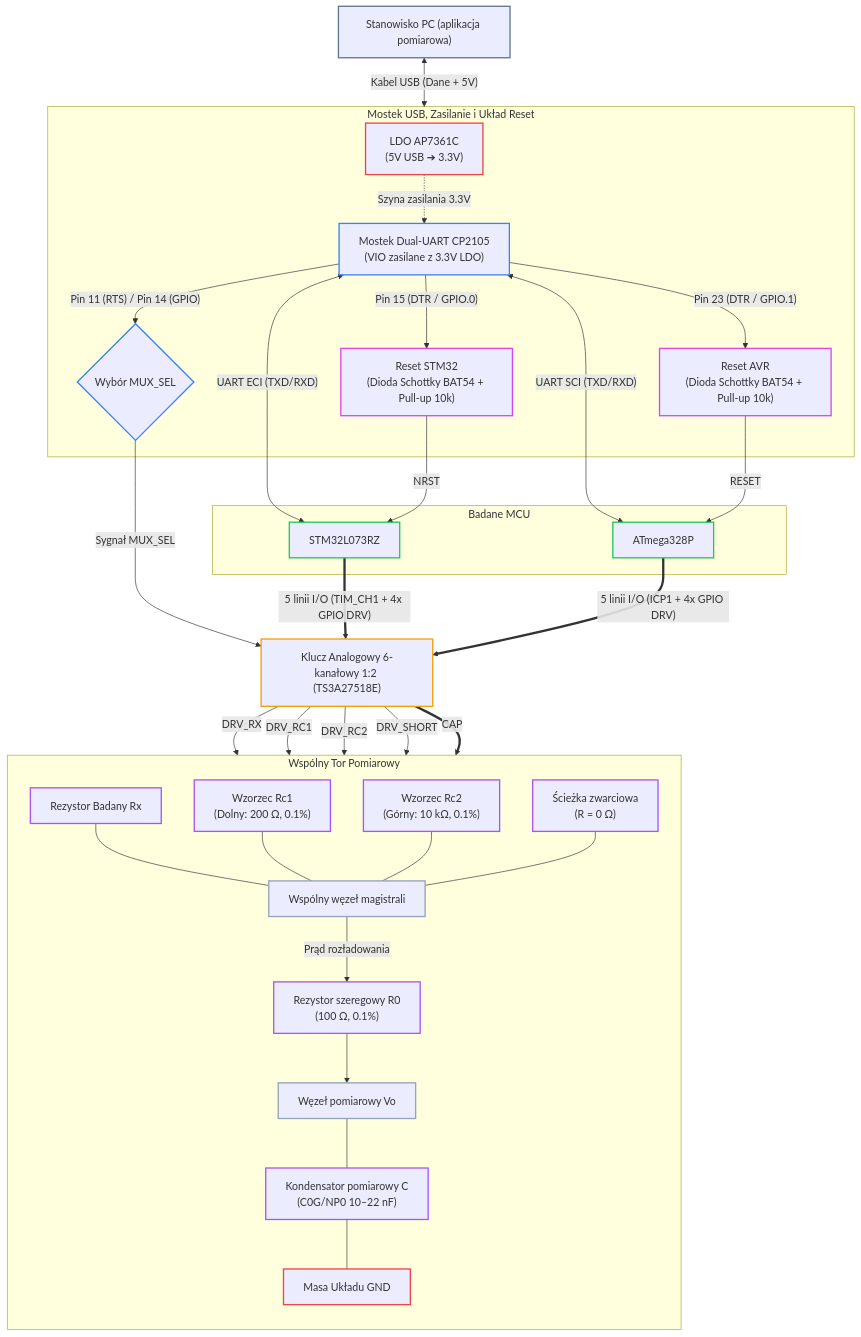
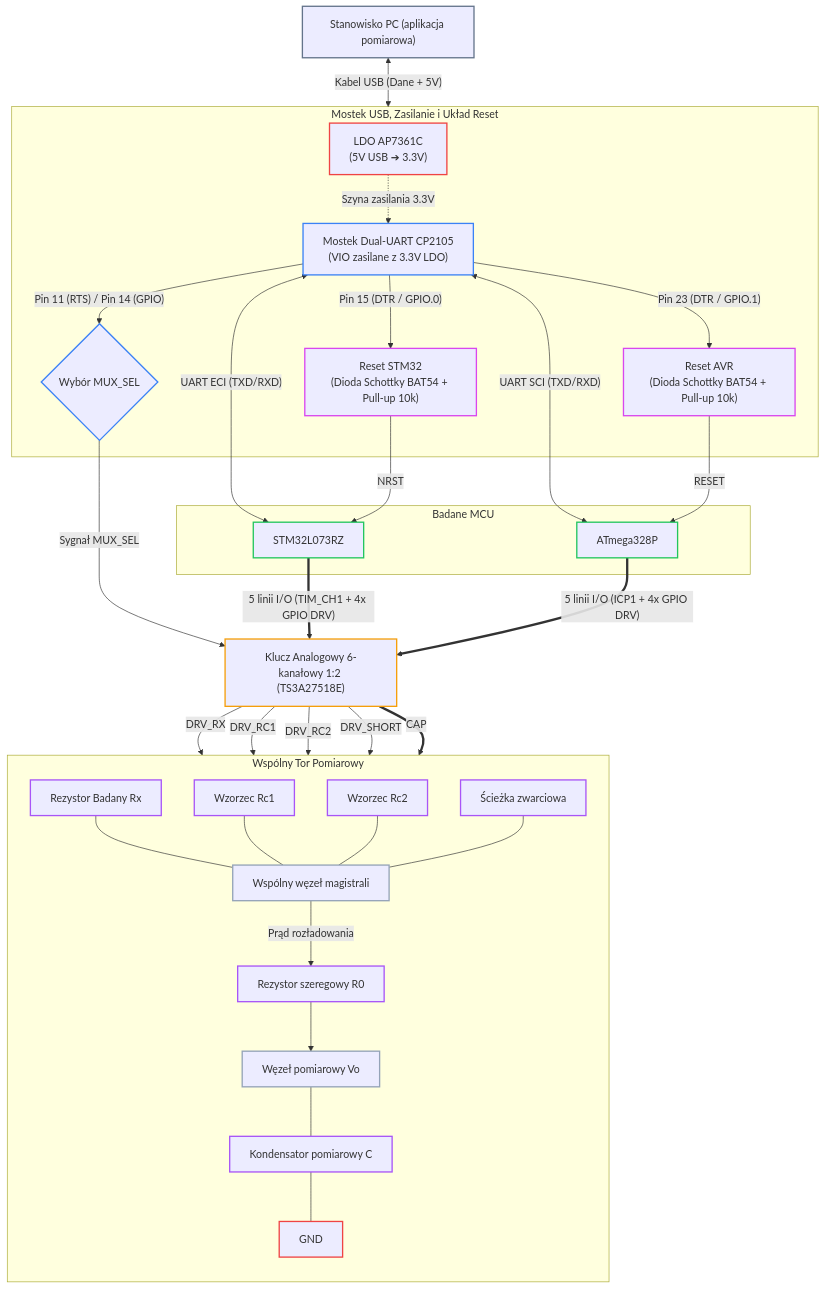
One commit to trebuHE/PDM-DIC-RS changed the diagram in docs/concept.md. Above: the diagram before and after it, drawn with Mermaid.

Commit message:
update block diagram

````diff
--- a/docs/concept.md
+++ b/docs/concept.md
@@ -29,74 +29,74 @@
 ```mermaid
   flowchart TB
     subgraph InterfaceSection["Mostek USB, Zasilanie i Układ Reset"]
         LDO["LDO AP7361C\n(5V USB ➔ 3.3V)"]:::pwrStyle
         CP2105["Mostek Dual-UART CP2105\n(VIO zasilane z 3.3V LDO)"]:::commStyle
         RST_STM["Reset STM32\n(Dioda Schottky BAT54 + Pull-up 10k)"]:::rstStyle
         RST_AVR["Reset AVR\n(Dioda Schottky BAT54 + Pull-up 10k)"]:::rstStyle
         MUX_JUMP{"Wybór MUX_SEL"}:::commStyle
     end
 
     subgraph MCUSection["Badane MCU"]
         STM32["STM32L073RZ"]:::mcuStyle
         AVR["ATmega328P"]:::mcuStyle
     end
 
     MUX["Klucz Analogowy 6-kanałowy 1:2 (TS3A27518E)"]:::muxStyle
 
     subgraph CircuitSection["Wspólny Tor Pomiarowy"]
         direction TB
         RX["Rezystor Badany Rx"]:::circuitStyle
-        RC1["Wzorzec Rc1\n(Dolny: 200 Ω, 0.1%)"]:::circuitStyle
-        RC2["Wzorzec Rc2\n(Górny: 10 kΩ, 0.1%)"]:::circuitStyle
-        SHORT["Ścieżka zwarciowa\n(R = 0 Ω)"]:::circuitStyle
+        RC1["Wzorzec Rc1"]:::circuitStyle
+        RC2["Wzorzec Rc2"]:::circuitStyle
+        SHORT["Ścieżka zwarciowa"]:::circuitStyle
 
         SUM_NODE["Wspólny węzeł magistrali"]:::nodeStyle
-        R0["Rezystor szeregowy R0\n(100 Ω, 0.1%)"]:::circuitStyle
+        R0["Rezystor szeregowy R0"]:::circuitStyle
         VO_NODE["Węzeł pomiarowy Vo"]:::nodeStyle
-        CAP_C["Kondensator pomiarowy C\n(C0G/NP0 10–22 nF)"]:::circuitStyle
-        GND["Masa Układu GND"]:::pwrStyle
+        CAP_C["Kondensator pomiarowy C"]:::circuitStyle
+        GND["GND"]:::pwrStyle
     end
 
     PC["Stanowisko PC (aplikacja pomiarowa)"]:::pcStyle
     PC <-->|"Kabel USB (Dane + 5V)"| InterfaceSection
     LDO -.->|"Szyna zasilania 3.3V"| CP2105
     
     CP2105 -->|"Pin 15 (DTR / GPIO.0)"| RST_STM
     CP2105 -->|"Pin 23 (DTR / GPIO.1)"| RST_AVR
     CP2105 -->|"Pin 11 (RTS) / Pin 14 (GPIO)"| MUX_JUMP
 
     CP2105 <-->|"UART ECI (TXD/RXD)"| STM32
     CP2105 <-->|"UART SCI (TXD/RXD)"| AVR
 
     RST_STM -->|"NRST"| STM32
     RST_AVR -->|"RESET"| AVR
 
     MUX_JUMP -->|"Sygnał MUX_SEL"| MUX
     STM32 ==>|"5 linii I/O (TIM_CH1 + 4x GPIO DRV)"| MUX
     AVR ==>|"5 linii I/O (ICP1 + 4x GPIO DRV)"| MUX
 
     RX --- SUM_NODE
     RC1 --- SUM_NODE
     RC2 --- SUM_NODE
     SHORT --- SUM_NODE
 
     SUM_NODE -->|"Prąd rozładowania"| R0
     R0 --> VO_NODE
     VO_NODE --- CAP_C
     CAP_C --- GND
 
     MUX -->|"DRV_RX"| RX
     MUX -->|"DRV_RC1"| RC1
     MUX -->|"DRV_RC2"| RC2
     MUX -->|"DRV_SHORT"| SHORT
     MUX ==>|"CAP"| VO_NODE
 
     classDef pcStyle stroke:#64748b,stroke-width:2px;
     classDef pwrStyle stroke:#ef4444,stroke-width:2px;
     classDef commStyle stroke:#3b82f6,stroke-width:2px;
     classDef rstStyle stroke:#d946ef,stroke-width:2px;
     classDef mcuStyle stroke:#22c55e,stroke-width:2px;
     classDef muxStyle stroke:#f59e0b,stroke-width:2px;
     classDef circuitStyle stroke:#a855f7,stroke-width:2px;
     classDef nodeStyle stroke:#94a3b8,stroke-width:2px;
 ```
````
